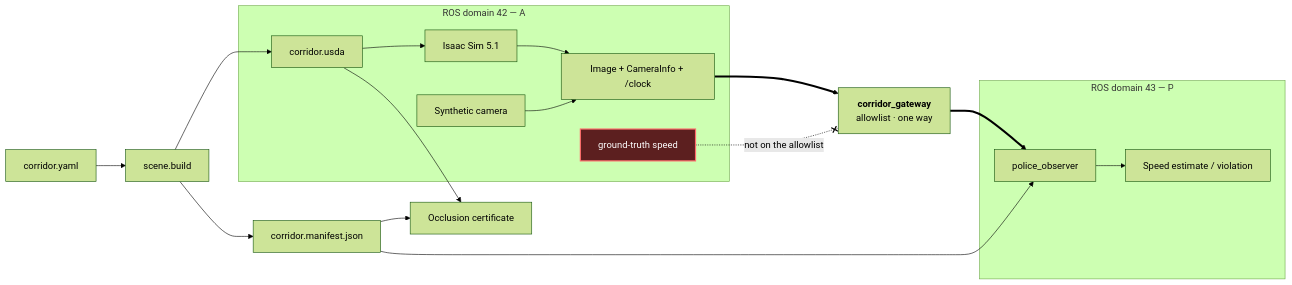
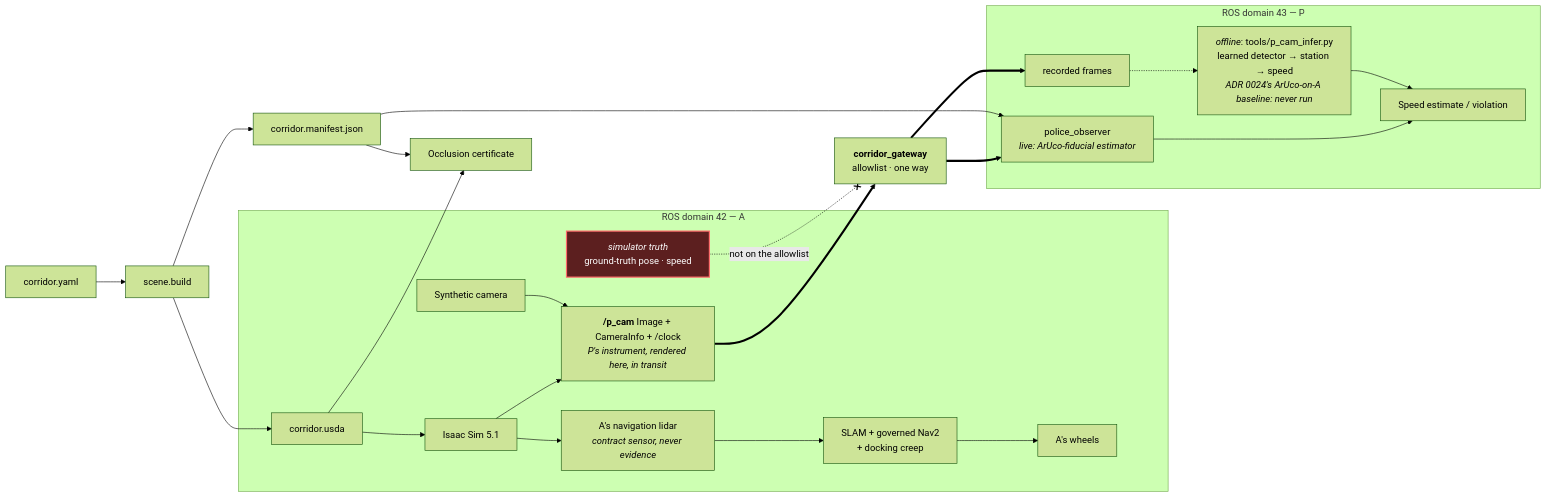
The diagram in README.md (alexandergmzx/corridor-twin), drawn with Mermaid (forest theme) before and after one commit. The commit also changed other lines of this file, not shown here.

````diff
--- a/README.md
+++ b/README.md
@@ -98,27 +122,33 @@
 ```mermaid
 flowchart LR
     Config["corridor.yaml"] --> Build["scene.build"]
     Build --> USD["corridor.usda"]
     Build --> Manifest["corridor.manifest.json"]
     USD --> Proof["Occlusion certificate"]
     Manifest --> Proof
 
     subgraph RobotDomain["ROS domain 42 &mdash; A"]
         USD --> Isaac["Isaac Sim 5.1"]
-        Isaac --> Contract["Image + CameraInfo + /clock"]
+        Isaac --> Lidar["A's navigation lidar<br/><i>contract sensor, never evidence</i>"]
+        Lidar --> Nav["SLAM + governed Nav2<br/>+ docking creep"]
+        Nav --> Wheels["A's wheels"]
+        Isaac --> Contract["<b>/p_cam</b> Image + CameraInfo + /clock<br/><i>P's instrument, rendered here, in transit</i>"]
         Synthetic["Synthetic camera"] --> Contract
-        Truth["ground-truth speed"]:::blocked
+        Truth["<i>simulator truth</i><br/>ground-truth pose &middot; speed"]:::blocked
     end
 
     Contract ==> GW["<b>corridor_gateway</b><br/>allowlist &middot; one way"]
 
     subgraph PoliceDomain["ROS domain 43 &mdash; P"]
-        Observer["police_observer"] --> Output["Speed estimate / violation"]
+        Observer["police_observer<br/><i>live: ArUco-fiducial estimator</i>"] --> Output["Speed estimate / violation"]
+        Bag["recorded frames"] -.-> Infer["<i>offline</i>: tools/p_cam_infer.py<br/>learned detector &rarr; station &rarr; speed<br/><i>ADR 0024's ArUco-on-A baseline: never run</i>"]
     end
 
     GW ==> Observer
+    GW ==> Bag
     Manifest --> Observer
+    Infer --> Output
     Truth -. "not on the allowlist" .-x GW
 
     classDef blocked fill:#5c1f1f,color:#ffffff,stroke:#ff6b6b,stroke-width:2px;
 ```
````
